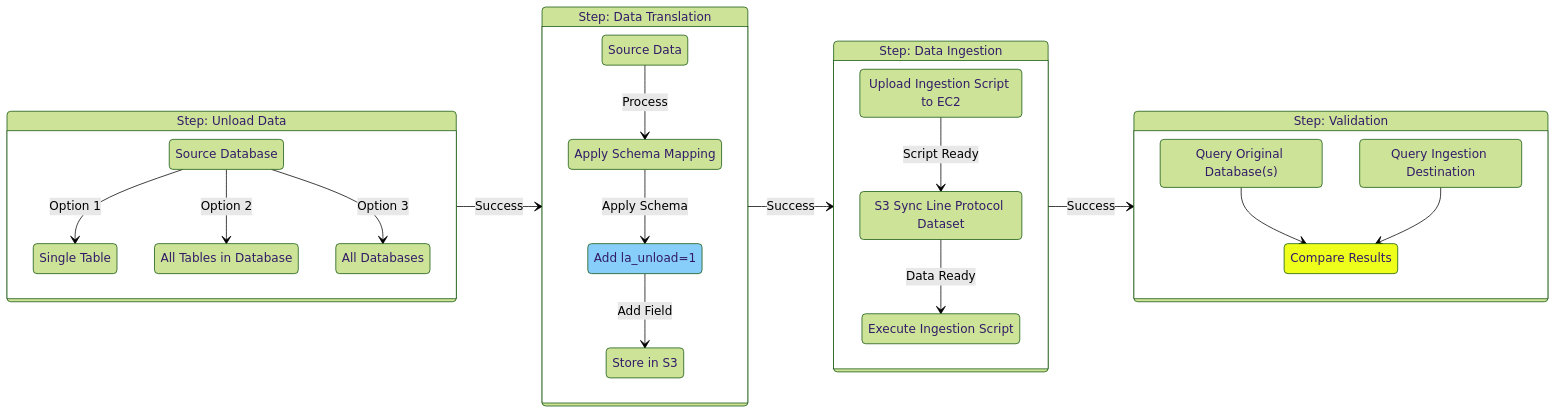
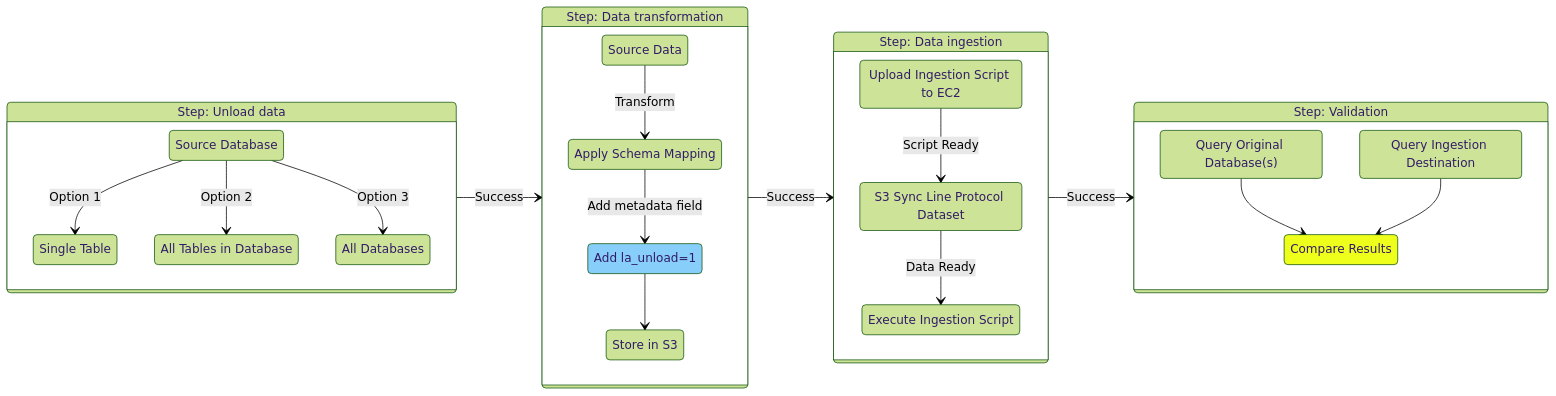
One commit to Bit-Quill/amazon-timestream-tools changed the diagram in tools/python/liveanalytics_migration_scripts/targets/timestream_for_influxdb/README.md. Above: the diagram before and after it, drawn with Mermaid (forest theme). The commit also changed other lines of this file and 2 other files, not shown here.

Commit message:
Initial commit for migration README, starting timestream for InfluxDB migration README.

````diff
--- a/tools/python/liveanalytics_migration_scripts/targets/timestream_for_influxdb/README.md
+++ b/tools/python/liveanalytics_migration_scripts/targets/timestream_for_influxdb/README.md
@@ -7,51 +7,51 @@
 ```mermaid
 stateDiagram-v2
 direction LR
     unload --> dataTranslation: Success
     dataTranslation --> dataIngestion: Success
     dataIngestion --> validation: Success
-    state "Step: Unload Data" as unload
+    state "Step: Unload data" as unload
     state unload {
         InfluxDB: Source Database
         SingleTable: Single Table
         AllTables: All Tables in Database
         AllDatabases: All Databases
         InfluxDB --> SingleTable: Option 1
         InfluxDB --> AllTables: Option 2
         InfluxDB --> AllDatabases: Option 3
     }
-    state "Step: Data Translation" as dataTranslation
+    state "Step: Data transformation" as dataTranslation
     state dataTranslation {
         SourceData: Source Data
         SchemaMapping: Apply Schema Mapping
         AddMetadata: Add la_unload=1
         StoreInS3: Store in S3
-        SourceData --> SchemaMapping: Process
-        SchemaMapping --> AddMetadata: Apply Schema
-        AddMetadata --> StoreInS3: Add Field
+        SourceData --> SchemaMapping: Transform
+        SchemaMapping --> AddMetadata: Add metadata field
+        AddMetadata --> StoreInS3
     }
-    state "Step: Data Ingestion" as dataIngestion
+    state "Step: Data ingestion" as dataIngestion
     state dataIngestion {
         UploadScript: Upload Ingestion Script to EC2
         DataTranslationS3Sync: S3 Sync Line Protocol Dataset
         ExecuteScript: Execute Ingestion Script
         UploadScript --> DataTranslationS3Sync: Script Ready
         DataTranslationS3Sync --> ExecuteScript: Data Ready
     }
     state "Step: Validation" as validation
     state validation {
         QuerySource: Query Original Database(s)
         QueryDestination: Query Ingestion Destination
         CompareResults: Compare Results
         QuerySource --> CompareResults
         QueryDestination --> CompareResults
     }
     classDef green fill:#32cd32
     classDef orange fill:#f96
     classDef yellow fill:#eeff1b
     classDef blue fill:#87cefa
     class Acceptable green
     class TooHigh orange
     class CompareResults yellow
     class AddMetadata blue
 ```
````
